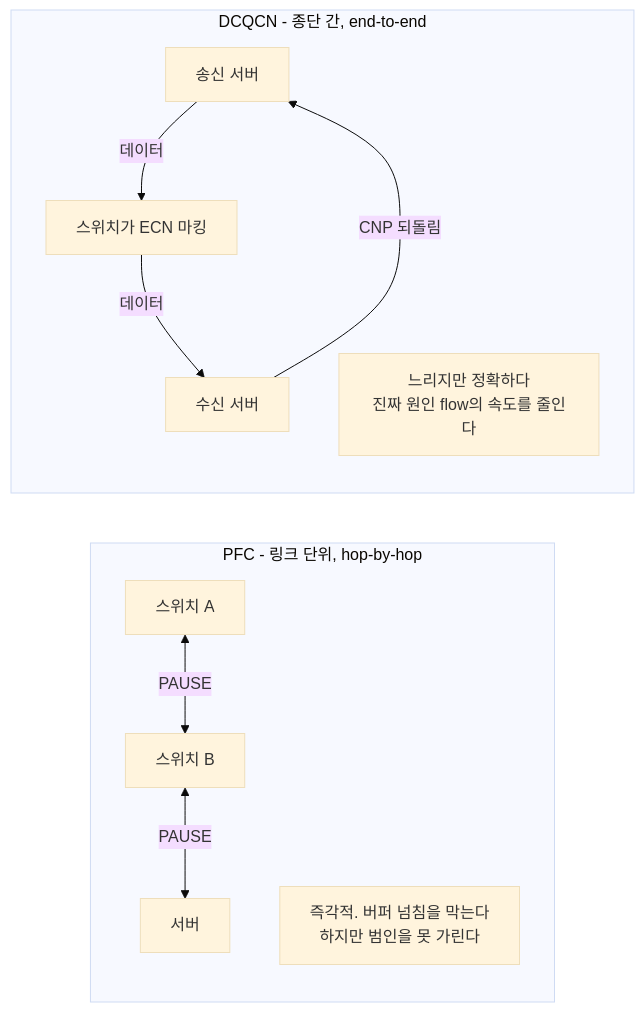
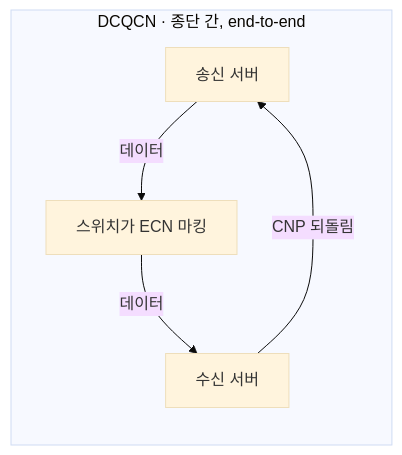
One commit to kimduksoo/duksoo-tech-blog changed diagram 16 of 32 in content/network/rdma-roce-deep-dive.md. Above: the diagram before and after it, drawn with Mermaid (base theme). The commit also changed other lines of this file, not shown here.

First line of the commit message:
docs: RDMA 글에 PFC 프레임 구조·용어표 추가

````diff
--- a/content/network/rdma-roce-deep-dive.md
+++ b/content/network/rdma-roce-deep-dive.md
@@ -347,13 +384,8 @@
 ```mermaid
-flowchart LR
-    subgraph PFC["PFC - 링크 단위, hop-by-hop"]
-        P1["스위치 A"] <-->|"PAUSE"| P2["스위치 B"] <-->|"PAUSE"| P3["서버"]
-        P4["즉각적. 버퍼 넘침을 막는다<br/>하지만 범인을 못 가린다"]
-    end
-
-    subgraph ECN["DCQCN - 종단 간, end-to-end"]
+flowchart TB
+    subgraph ECN["DCQCN · 종단 간, end-to-end"]
+        direction TB
         E1["송신 서버"] -->|"데이터"| E2["스위치가 ECN 마킹"] -->|"데이터"| E3["수신 서버"]
         E3 -->|"CNP 되돌림"| E1
-        E4["느리지만 정확하다<br/>진짜 원인 flow의 속도를 줄인다"]
     end
 ```
````
